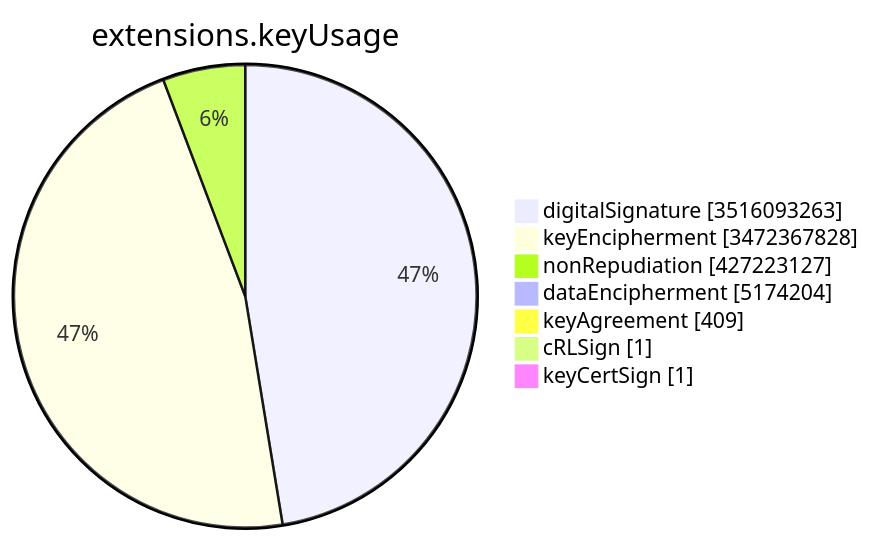
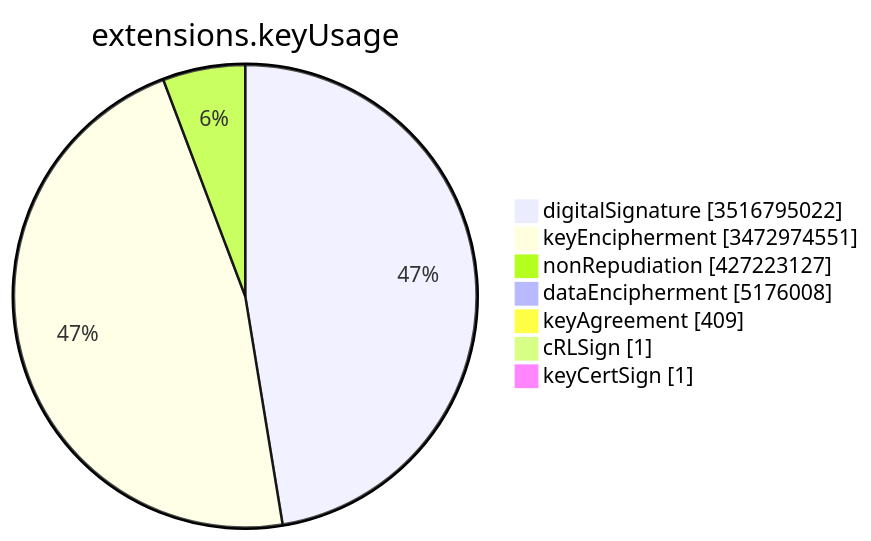
The sixth of 15 diagrams in TOTAL/README.md (christiankrug/ctmonitor_visualization), drawn with Mermaid before and after one commit. The commit also changed other lines of this file, not shown here.

````diff
--- a/TOTAL/README.md
+++ b/TOTAL/README.md
@@ -3083,11 +3083,11 @@
 ```mermaid
 pie showData
 title extensions.keyUsage
-"digitalSignature" :3516093263
-"keyEncipherment" :3472367828
+"digitalSignature" :3516795022
+"keyEncipherment" :3472974551
 "nonRepudiation" :427223127
-"dataEncipherment" :5174204
+"dataEncipherment" :5176008
 "keyAgreement" :409
 "cRLSign" :1
 "keyCertSign" :1
 ```
````
